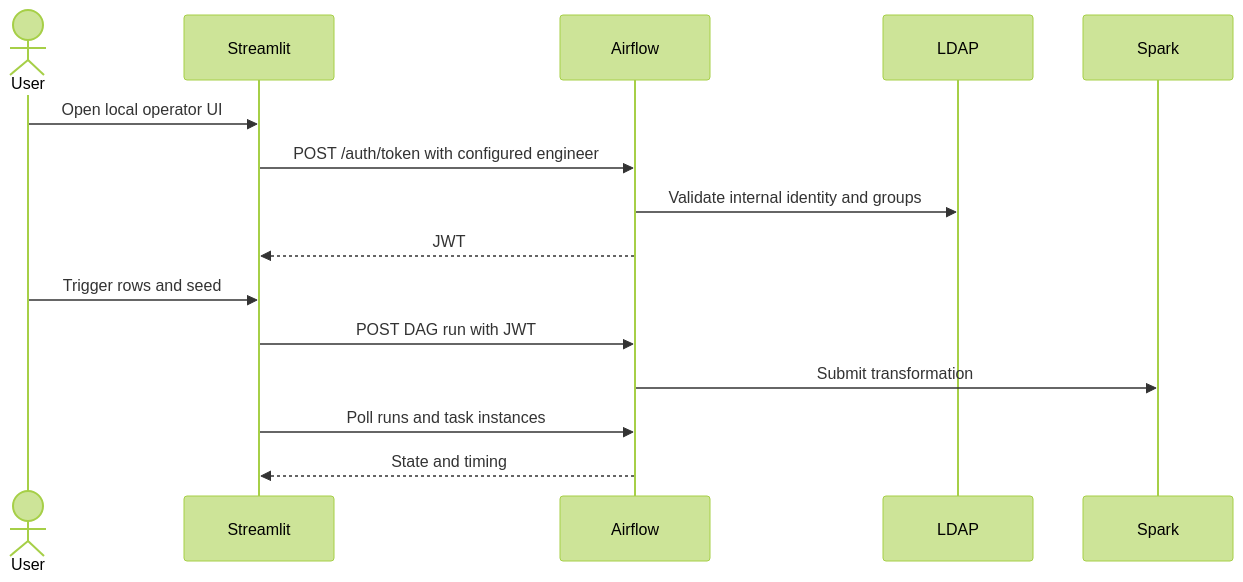
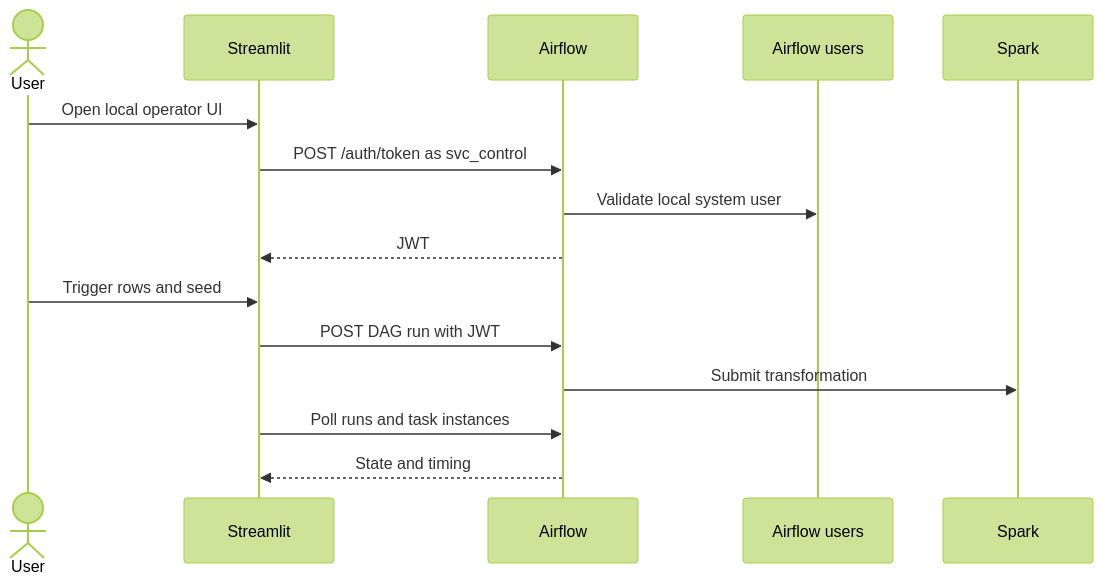
Before and after one commit to AlexHilberer/On-Prem-Data-Lakehouse: the diagram in control-panel/README.md, drawn with Mermaid (forest theme). The commit also changed other lines of this file and 41 other files, not shown here.

````diff
--- a/control-panel/README.md
+++ b/control-panel/README.md
@@ -27,18 +27,18 @@
 ```mermaid
 sequenceDiagram
   actor User
   participant Panel as Streamlit
   participant Airflow
-  participant LDAP
+  participant DB as Airflow users
   participant Spark
 
   User->>Panel: Open local operator UI
-  Panel->>Airflow: POST /auth/token with configured engineer
-  Airflow->>LDAP: Validate internal identity and groups
+  Panel->>Airflow: POST /auth/token as svc_control
+  Airflow->>DB: Validate local system user
   Airflow-->>Panel: JWT
   User->>Panel: Trigger rows and seed
   Panel->>Airflow: POST DAG run with JWT
   Airflow->>Spark: Submit transformation
   Panel->>Airflow: Poll runs and task instances
   Airflow-->>Panel: State and timing
 ```
````
